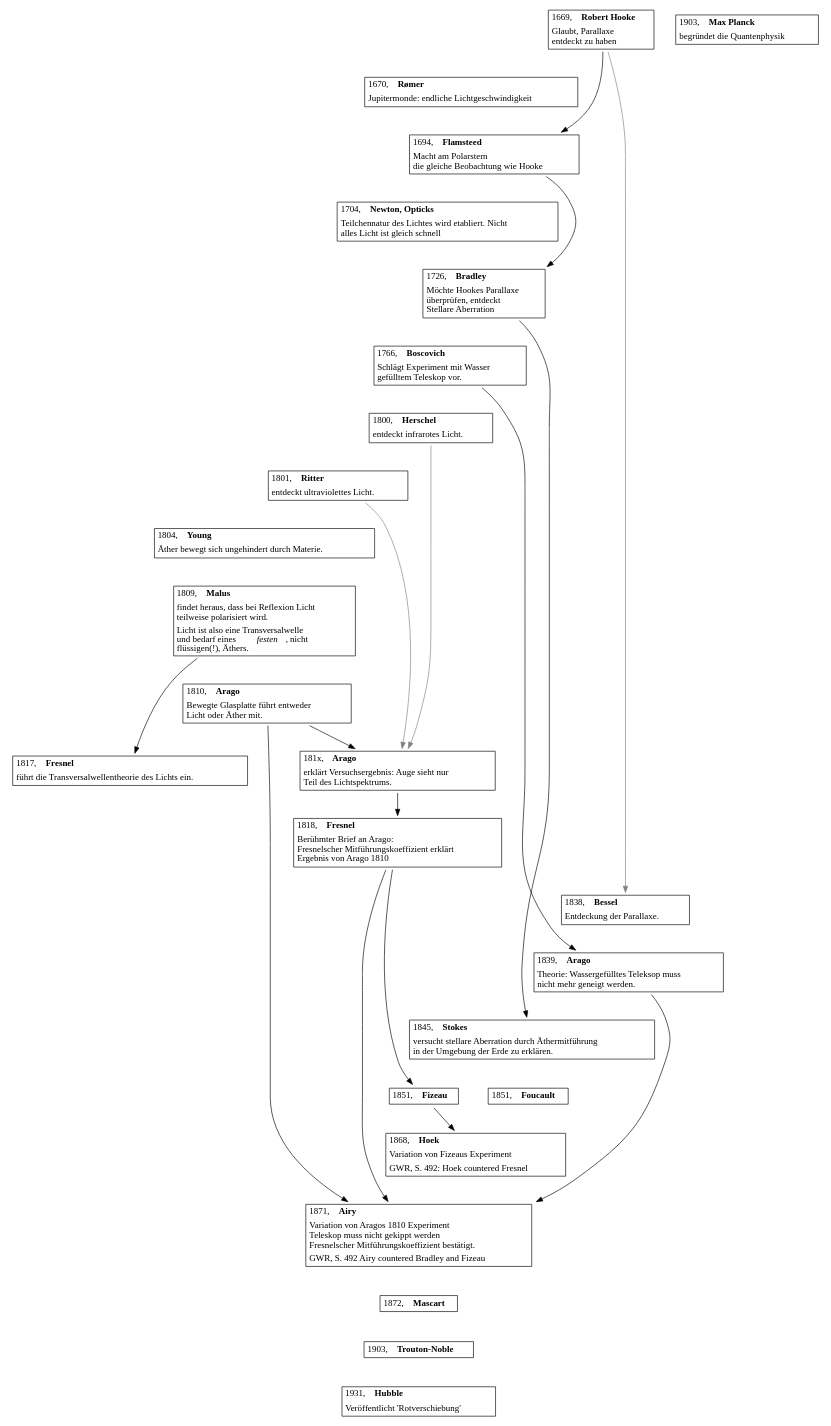
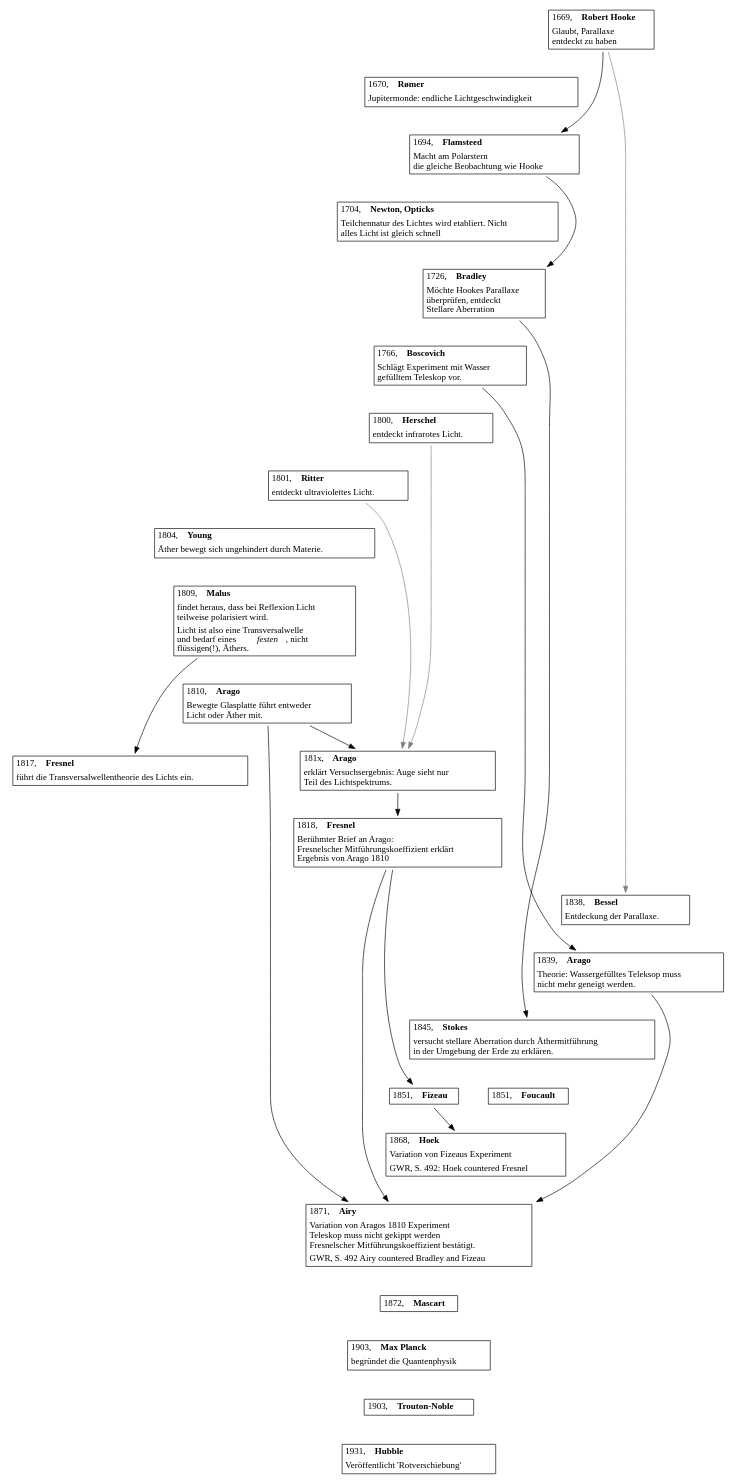
The diagram in Ablauf.dot (ReneNyffenegger/Geschichte-der-Wissenschaft), drawn with Graphviz before and after one commit.

Commit message:
Reihenfolge

```diff
--- a/Ablauf.dot
+++ b/Ablauf.dot
@@ -253,7 +253,7 @@
 
    j_1669_Hooke -> j_1670_Roemer -> j_1694_Flamsteed -> j_1704_Newton -> j_1726_Bradley -> j_1766_Boscovitch -> j_1800_Herschel -> j_1801_Ritter -> j_1804_Young -> j_1809_Malus ->
    j_1810_Arago-> j_1817_Fresnel -> j_1818_Fresnel -> j_1838_Bessel -> j_1839_Arago -> j_1845_Stokes -> j_1851_Foucault -> j_1868_Hoek -> j_1871_Airy ->
-   j_1872_Mascart -> j_1903_Trouton_Noble -> j_1931_Hubble [style=invisible arrowhead=none];
+   j_1872_Mascart -> j_1900_Planck -> j_1903_Trouton_Noble -> j_1931_Hubble [style=invisible arrowhead=none];
 
 
 
```
